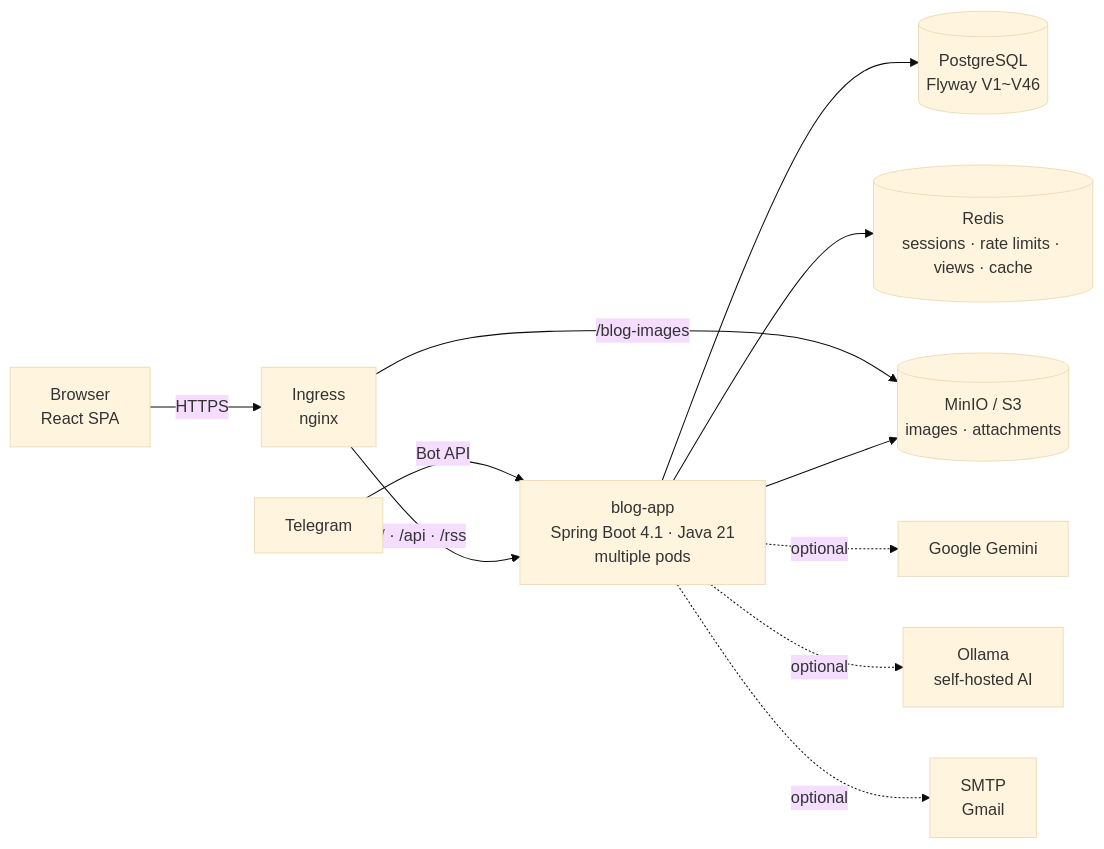
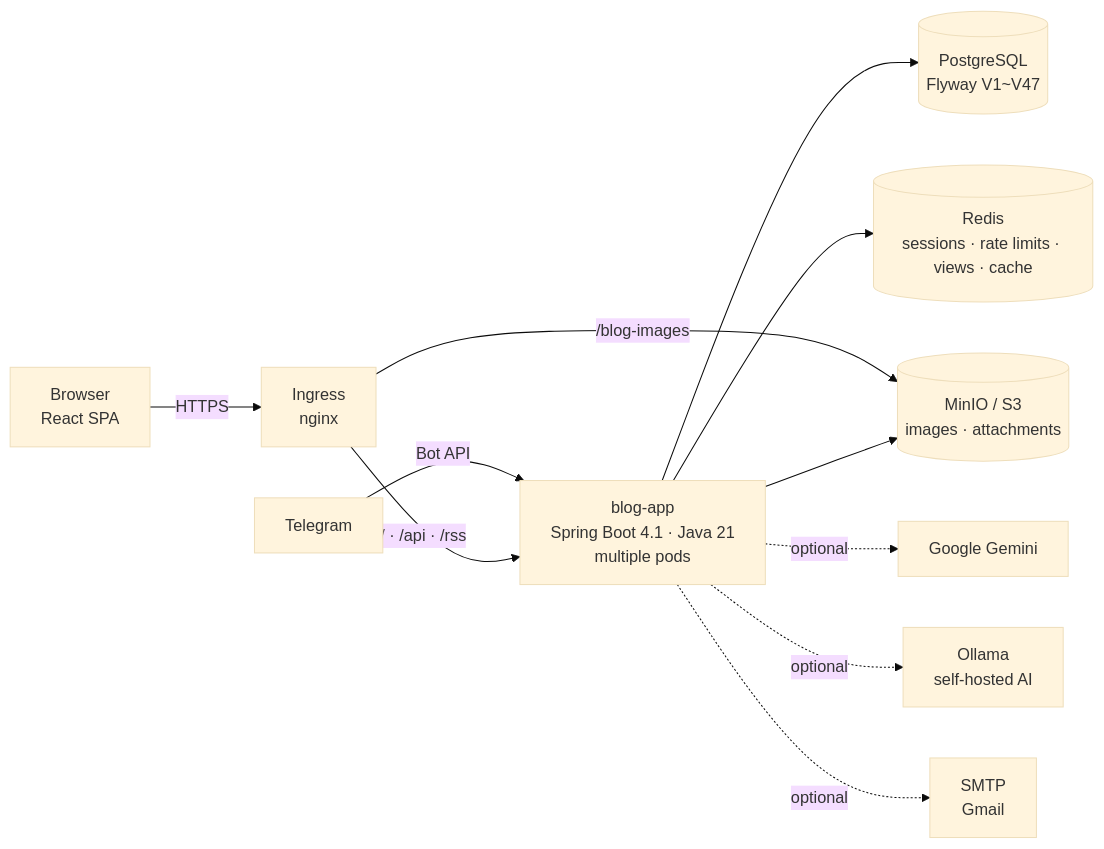
One commit to AIGJ-01-002-blog/devlog changed the first of 3 diagrams in README.en.md. Above: the diagram before and after it, drawn with Mermaid (base theme). The commit also changed other lines of this file and 116 other files, not shown here.

````diff
--- a/README.en.md
+++ b/README.en.md
@@ -160,13 +160,13 @@
 ```mermaid
 flowchart LR
     B[Browser<br/>React SPA] -->|HTTPS| I[Ingress<br/>nginx]
     T[Telegram] -->|Bot API| A
     I -->|/ · /api · /rss| A[blog-app<br/>Spring Boot 4.1 · Java 21<br/>multiple pods]
     I -->|/blog-images| M[(MinIO / S3<br/>images · attachments)]
-    A --> P[(PostgreSQL<br/>Flyway V1~V46)]
+    A --> P[(PostgreSQL<br/>Flyway V1~V47)]
     A --> R[(Redis<br/>sessions · rate limits · views · cache)]
     A --> M
     A -.optional.-> G[Google Gemini]
     A -.optional.-> O[Ollama<br/>self-hosted AI]
     A -.optional.-> S[SMTP<br/>Gmail]
 ```
````
